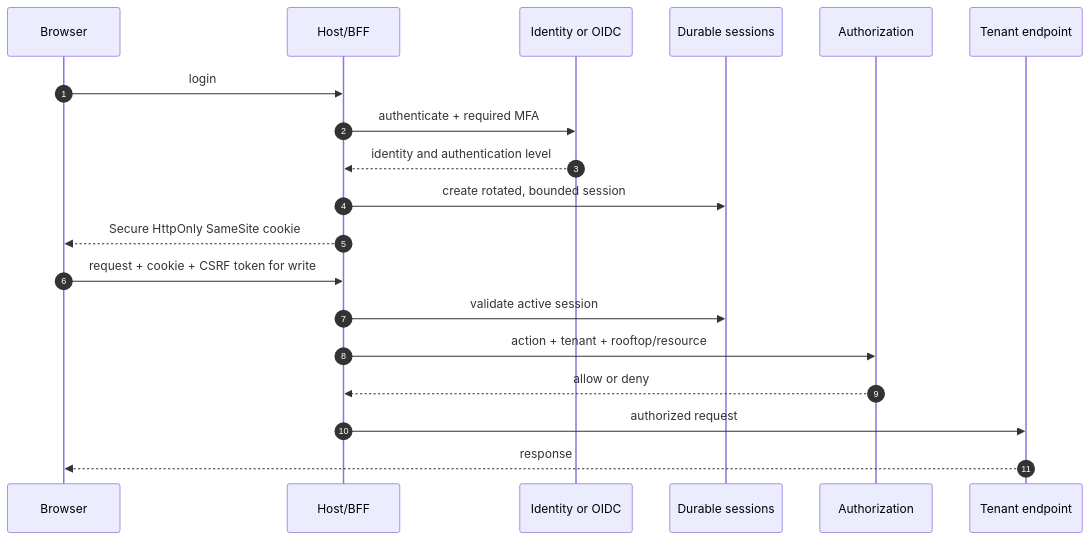
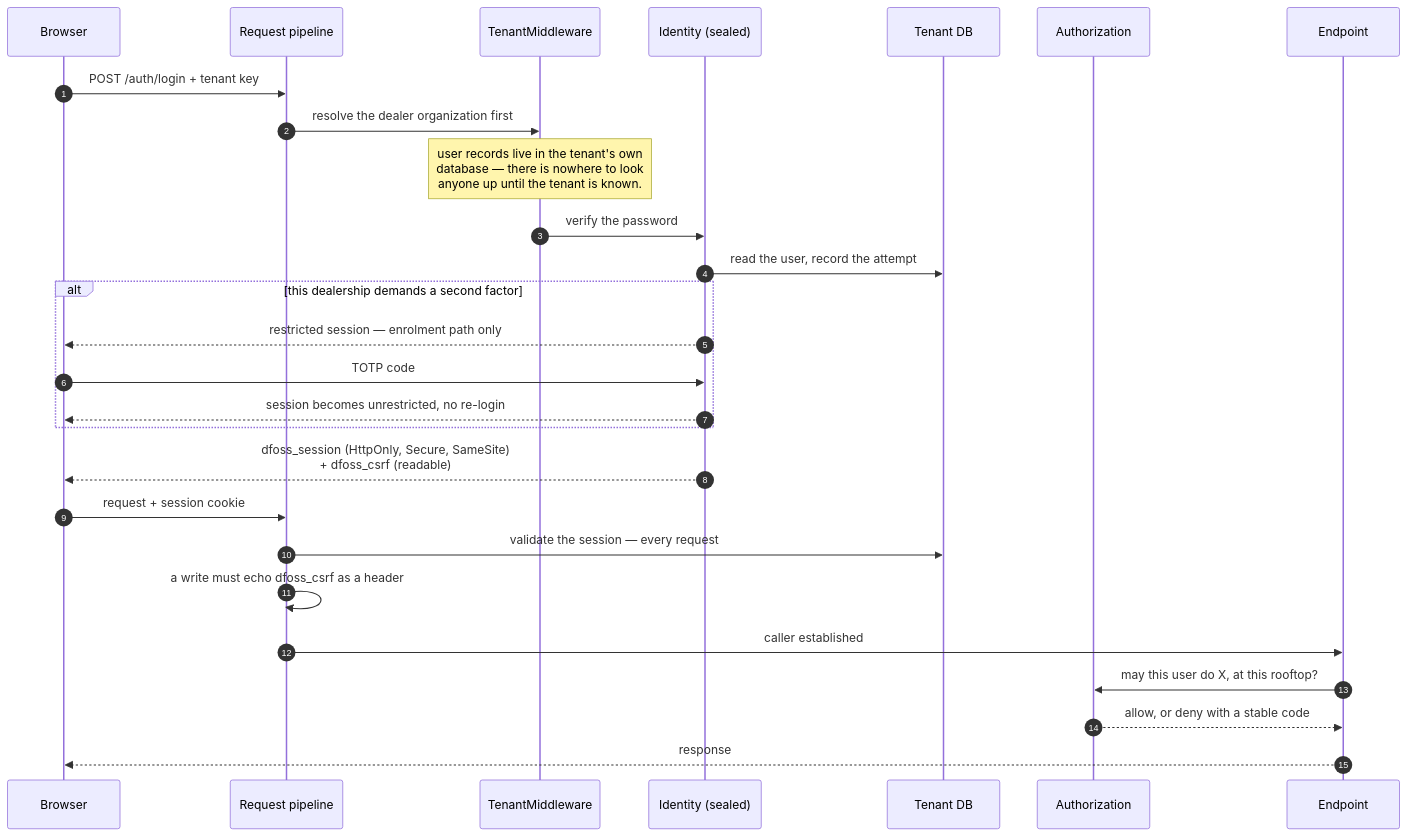
The first of 2 diagrams in docs/diagrams/06-auth-flow.md (PoulaAdel/DealerFOSS), drawn with Mermaid before and after one commit. The commit also changed other lines of this file and 4 other files, not shown here.

First line of the commit message:
docs: the last three diagrams stop describing a system we did not build

````diff
--- a/docs/diagrams/06-auth-flow.md
+++ b/docs/diagrams/06-auth-flow.md
@@ -5,22 +11,31 @@
 ```mermaid
 sequenceDiagram
     autonumber
     participant B as Browser
-    participant BFF as Host/BFF
-    participant Id as Identity or OIDC
-    participant S as Durable sessions
+    participant P as Request pipeline
+    participant T as TenantMiddleware
+    participant Id as Identity (sealed)
+    participant D as Tenant DB
     participant A as Authorization
-    participant E as Tenant endpoint
+    participant E as Endpoint
 
-    B->>BFF: login
-    BFF->>Id: authenticate + required MFA
-    Id-->>BFF: identity and authentication level
-    BFF->>S: create rotated, bounded session
-    BFF-->>B: Secure HttpOnly SameSite cookie
-    B->>BFF: request + cookie + CSRF token for write
-    BFF->>S: validate active session
-    BFF->>A: action + tenant + rooftop/resource
-    A-->>BFF: allow or deny
-    BFF->>E: authorized request
+    B->>P: POST /auth/login + tenant key
+    P->>T: resolve the dealer organization first
+    Note over T: user records live in the tenant's own<br/>database — there is nowhere to look<br/>anyone up until the tenant is known.
+    T->>Id: verify the password
+    Id->>D: read the user, record the attempt
+    alt this dealership demands a second factor
+        Id-->>B: restricted session — enrolment path only
+        B->>Id: TOTP code
+        Id-->>B: session becomes unrestricted, no re-login
+    end
+    Id-->>B: dfoss_session (HttpOnly, Secure, SameSite)<br/>+ dfoss_csrf (readable)
+
+    B->>P: request + session cookie
+    P->>D: validate the session — every request
+    P->>P: a write must echo dfoss_csrf as a header
+    P->>E: caller established
+    E->>A: may this user do X, at this rooftop?
+    A-->>E: allow, or deny with a stable code
     E-->>B: response
 ```
````
